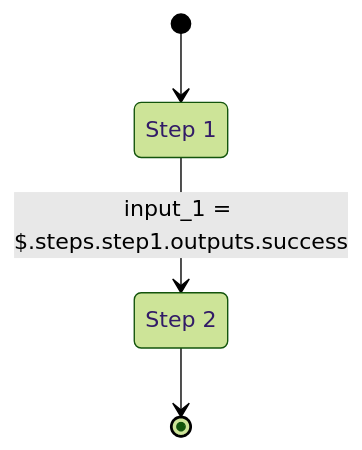
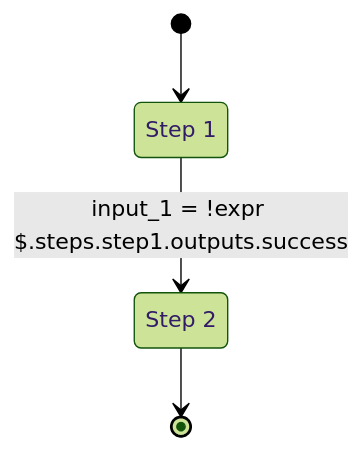
Before and after one commit to arcalot/arcalot.github.io: the sixth of 17 diagrams in docs/arcaflow/concepts/workflows.md, drawn with Mermaid (forest theme). The commit also changed other lines of this file and 1 other file, not shown here.

````diff
--- a/docs/arcaflow/concepts/workflows.md
+++ b/docs/arcaflow/concepts/workflows.md
@@ -74,8 +74,8 @@
 ```mermaid
 stateDiagram-v2
   Step1: Step 1
   Step2: Step 2
   [*] --> Step1
-  Step1 --> Step2: input_1 = $.steps.step1.outputs.success
+  Step1 --> Step2: input_1 = !expr $.steps.step1.outputs.success
   Step2 --> [*]
 ```
````
